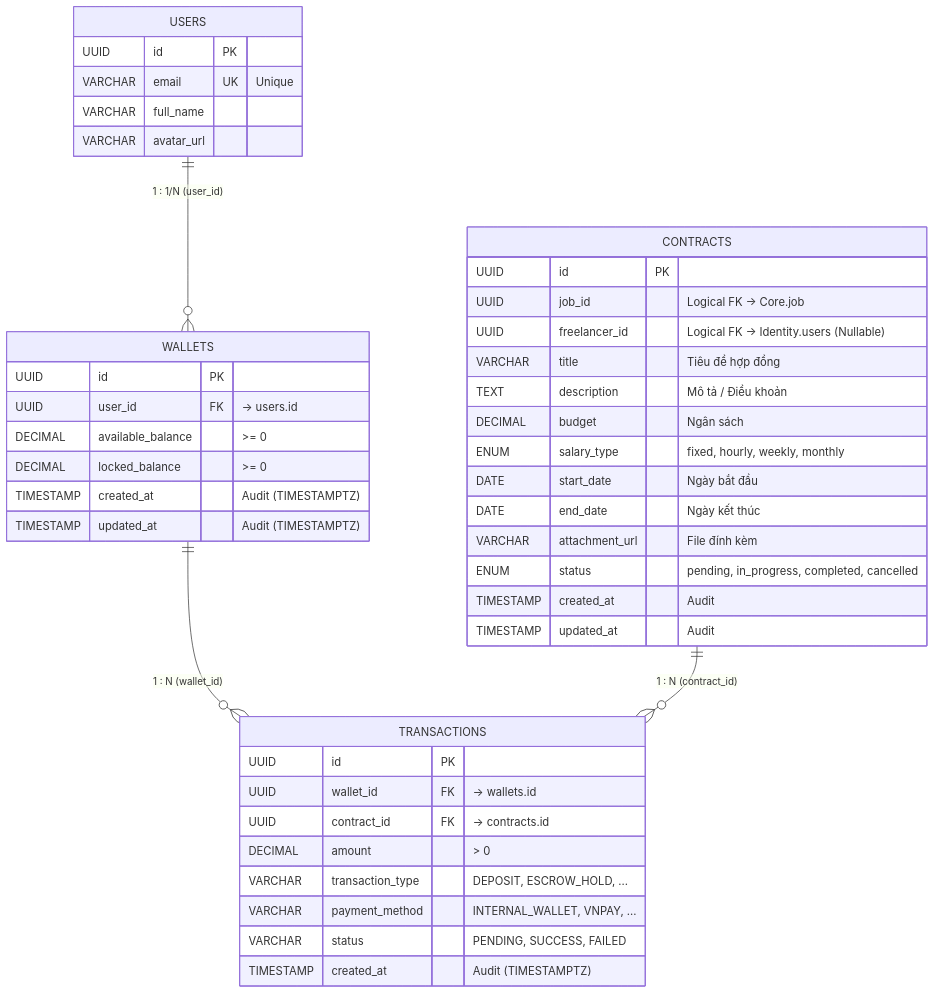
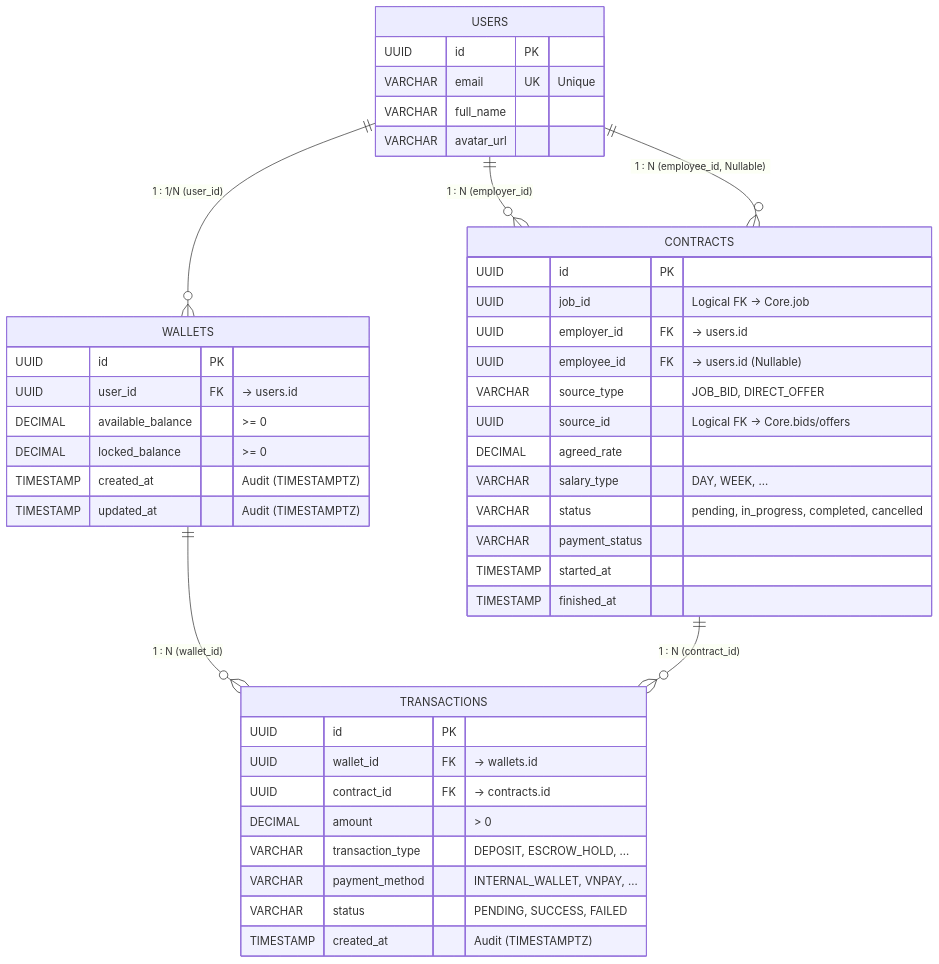
The diagram in docs/ERD.md (Occupify/occupify-payment), drawn with Mermaid before and after one commit. The commit also changed other lines of this file, not shown here.

First line of the commit message:
docs(erd): align payment contracts schema with core domain

````diff
--- a/docs/ERD.md
+++ b/docs/ERD.md
@@ -23,49 +23,50 @@
 ```mermaid
 erDiagram
     USERS ||--o{ WALLETS : "1 : 1/N (user_id)"
+    USERS ||--o{ CONTRACTS : "1 : N (employer_id)"
+    USERS ||--o{ CONTRACTS : "1 : N (employee_id, Nullable)"
     WALLETS ||--o{ TRANSACTIONS : "1 : N (wallet_id)"
     CONTRACTS ||--o{ TRANSACTIONS : "1 : N (contract_id)"
 
     USERS {
         UUID id PK
         VARCHAR email UK "Unique"
         VARCHAR full_name
         VARCHAR avatar_url
     }
 
     WALLETS {
         UUID id PK
         UUID user_id FK "-> users.id"
         DECIMAL available_balance ">= 0"
         DECIMAL locked_balance ">= 0"
         TIMESTAMP created_at "Audit (TIMESTAMPTZ)"
         TIMESTAMP updated_at "Audit (TIMESTAMPTZ)"
     }
 
     TRANSACTIONS {
         UUID id PK
         UUID wallet_id FK "-> wallets.id"
         UUID contract_id FK "-> contracts.id"
         DECIMAL amount "> 0"
         VARCHAR transaction_type "DEPOSIT, ESCROW_HOLD, ..."
         VARCHAR payment_method "INTERNAL_WALLET, VNPAY, ..."
         VARCHAR status "PENDING, SUCCESS, FAILED"
         TIMESTAMP created_at "Audit (TIMESTAMPTZ)"
     }
 
     CONTRACTS {
         UUID id PK
         UUID job_id "Logical FK -> Core.job"
-        UUID freelancer_id "Logical FK -> Identity.users (Nullable)"
-        VARCHAR title "Tiêu đề hợp đồng"
-        TEXT description "Mô tả / Điều khoản"
-        DECIMAL budget "Ngân sách"
-        ENUM salary_type "fixed, hourly, weekly, monthly"
-        DATE start_date "Ngày bắt đầu"
-        DATE end_date "Ngày kết thúc"
-        VARCHAR attachment_url "File đính kèm"
-        ENUM status "pending, in_progress, completed, cancelled"
-        TIMESTAMP created_at "Audit"
-        TIMESTAMP updated_at "Audit"
+        UUID employer_id FK "-> users.id"
+        UUID employee_id FK "-> users.id (Nullable)"
+        VARCHAR source_type "JOB_BID, DIRECT_OFFER"
+        UUID source_id "Logical FK -> Core.bids/offers"
+        DECIMAL agreed_rate
+        VARCHAR salary_type "DAY, WEEK, ..."
+        VARCHAR status "pending, in_progress, completed, cancelled"
+        VARCHAR payment_status
+        TIMESTAMP started_at
+        TIMESTAMP finished_at
     }
 ```
````
